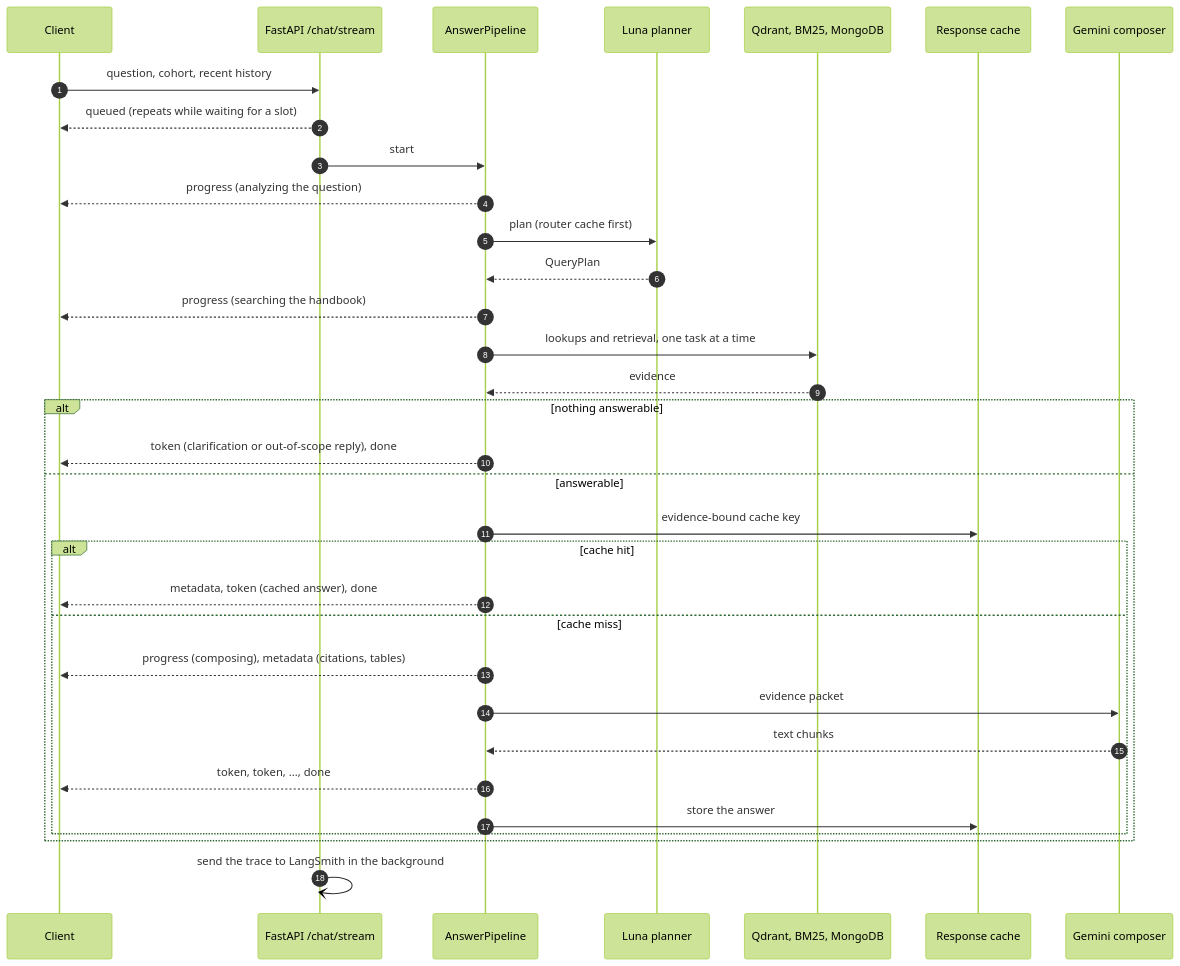
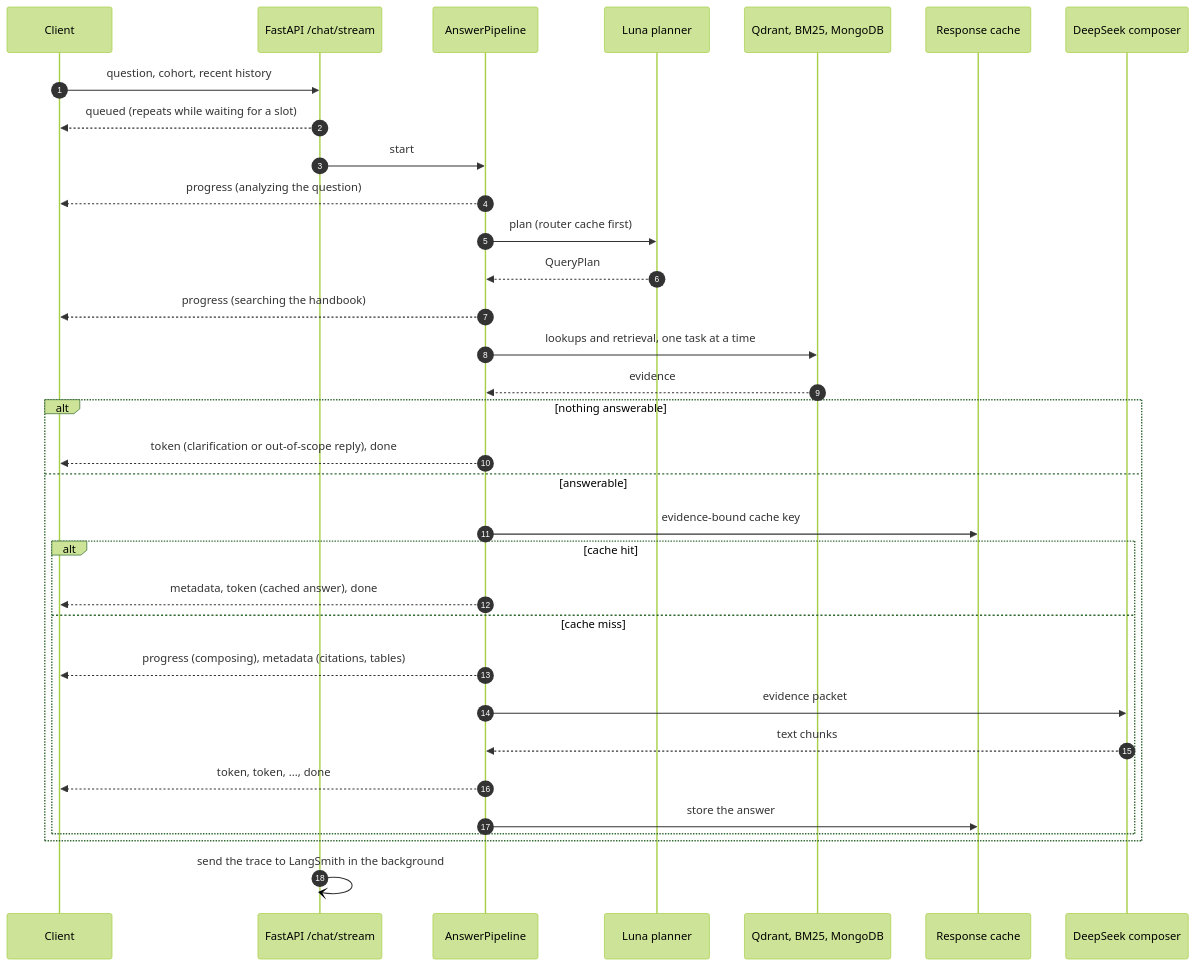
Before and after one commit to AnhPhiNe/student-handbook-rag-chatbot: the sixth of 7 diagrams in README.md, drawn with Mermaid (forest theme). The commit also changed other lines of this file and 6 other files, not shown here.

````diff
--- a/README.md
+++ b/README.md
@@ -308,35 +309,35 @@
 ```mermaid
 sequenceDiagram
     autonumber
     participant C as Client
     participant A as FastAPI /chat/stream
     participant P as AnswerPipeline
     participant G as Luna planner
     participant S as Qdrant, BM25, MongoDB
     participant R as Response cache
-    participant M as Gemini composer
+    participant M as DeepSeek composer
     C->>A: question, cohort, recent history
     A-->>C: queued (repeats while waiting for a slot)
     A->>P: start
     P-->>C: progress (analyzing the question)
     P->>G: plan (router cache first)
     G-->>P: QueryPlan
     P-->>C: progress (searching the handbook)
     P->>S: lookups and retrieval, one task at a time
     S-->>P: evidence
     alt nothing answerable
         P-->>C: token (clarification or out-of-scope reply), done
     else answerable
         P->>R: evidence-bound cache key
         alt cache hit
             P-->>C: metadata, token (cached answer), done
         else cache miss
             P-->>C: progress (composing), metadata (citations, tables)
             P->>M: evidence packet
             M-->>P: text chunks
             P-->>C: token, token, ..., done
             P->>R: store the answer
         end
     end
     A-)A: send the trace to LangSmith in the background
 ```
````
